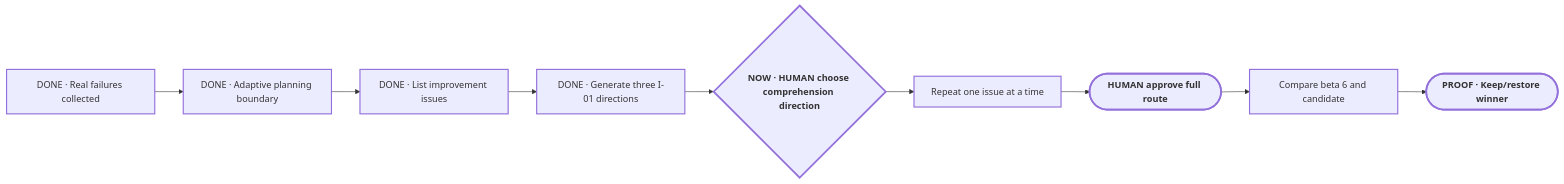
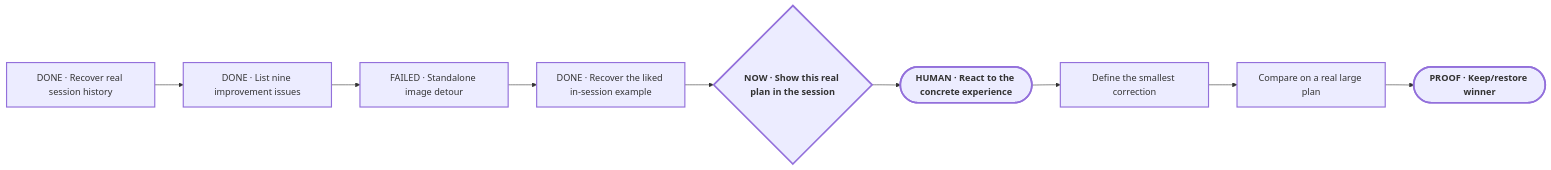
The diagram in planning/PLAN-VIEW.md (Pu11en/portable-planner), drawn with Mermaid before and after one commit. The commit also changed other lines of this file and 6 other files, not shown here.

Commit message:
restore in-session plan comprehension target

````diff
--- a/planning/PLAN-VIEW.md
+++ b/planning/PLAN-VIEW.md
@@ -13,20 +13,20 @@
 ```mermaid
 flowchart LR
-    E["DONE · Real failures collected"]
-    A["DONE · Adaptive planning boundary"]
-    I["DONE · List improvement issues"]
-    C["DONE · Generate three I-01 directions"]
-    M{"NOW · HUMAN choose comprehension direction"}
-    B["Repeat one issue at a time"]
-    P(["HUMAN approve full route"])
-    X["Compare beta 6 and candidate"]
+    E["DONE · Recover real session history"]
+    I["DONE · List nine improvement issues"]
+    F["FAILED · Standalone image detour"]
+    C["DONE · Recover the liked in-session example"]
+    M{"NOW · Show this real plan in the session"}
+    H(["HUMAN · React to the concrete experience"])
+    B["Define the smallest correction"]
+    X["Compare on a real large plan"]
     R(["PROOF · Keep/restore winner"])
-    E --> A --> I --> C --> M --> B --> P --> X --> R
+    E --> I --> F --> C --> M --> H --> B --> X --> R
 
     classDef current stroke-width:3px,font-weight:700;
     classDef milestone stroke-width:2px;
     classDef proof stroke-width:3px,font-weight:700;
     class M current;
-    class E,A,I,C,B,X milestone;
-    class P,R proof;
+    class E,I,F,C,B,X milestone;
+    class H,R proof;
 ```
````
